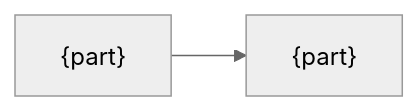
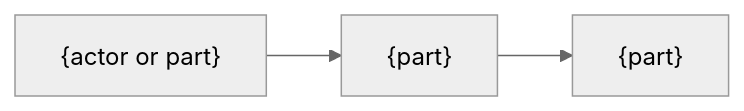
Before and after one commit to lovaizu/telldes: the first of 2 diagrams in .rn/templates/design.md, drawn with Mermaid (neutral theme). The commit also changed other lines of this file and 1 other file, not shown here.

Commit message:
docs: shape the templates around the reader's scenario: README by usage scenarios, design doc by goals, solution, structure, flow and alternatives

````diff
--- a/.rn/templates/design.md
+++ b/.rn/templates/design.md
@@ -32,4 +21,4 @@
 ```mermaid
 flowchart LR
-  A["{part}"] --> B["{part}"]
+  A["{actor or part}"] --> B["{part}"] --> C["{part}"]
 ```
````
